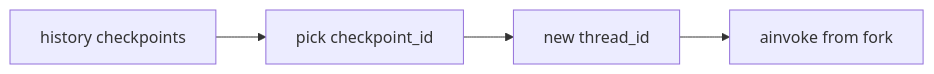
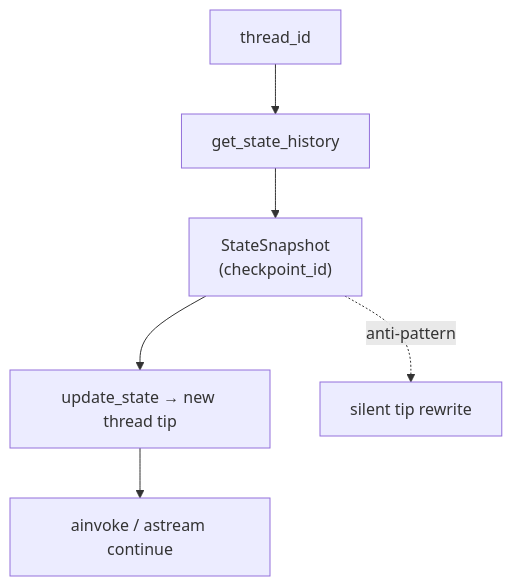
Before and after one commit to CharlotteYW/mini-claude-code: the diagram in docs/milestones/M31-time-travel-branch.md, drawn with Mermaid. The commit also changed other lines of this file and 10 other files, not shown here.

First line of the commit message:
Ship M31 checkpoint list and fork-to-new-thread time travel.

````diff
--- a/docs/milestones/M31-time-travel-branch.md
+++ b/docs/milestones/M31-time-travel-branch.md
@@ -30,6 +34,8 @@
 ```mermaid
-flowchart LR
-  H[history checkpoints] --> Pick[pick checkpoint_id]
-  Pick --> Fork[new thread_id]
-  Fork --> Resume[ainvoke from fork]
+flowchart TB
+  Thread[thread_id] --> Hist["get_state_history"]
+  Hist --> Snap["StateSnapshot\n(checkpoint_id)"]
+  Snap --> Fork["update_state → new thread tip"]
+  Fork --> Cont["ainvoke / astream continue"]
+  Snap -.->|anti-pattern| Overwrite["silent tip rewrite"]
 ```
````
